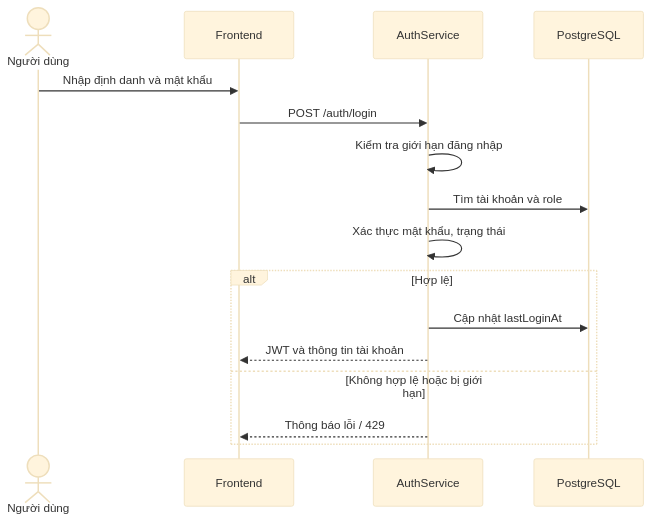
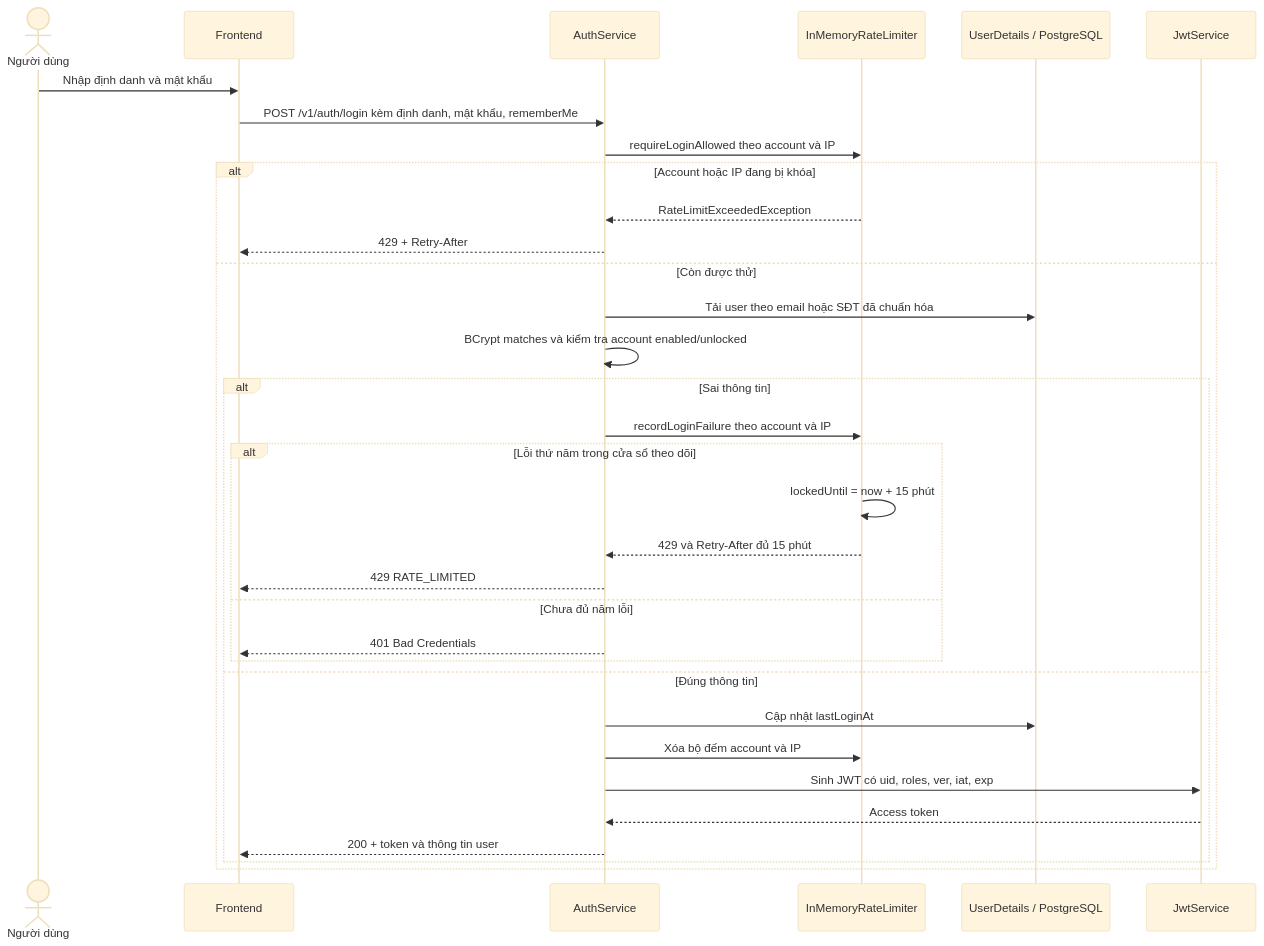
The sixth of 14 diagrams in internship/final_report/bao-cao-tong-ket-do-an.md (doanthetin193/gym-management-system), drawn with Mermaid (base theme) before and after one commit. The commit also changed other lines of this file and 55 other files, not shown here.

````diff
--- a/internship/final_report/bao-cao-tong-ket-do-an.md
+++ b/internship/final_report/bao-cao-tong-ket-do-an.md
@@ -476,18 +707,36 @@
 ```mermaid
 sequenceDiagram
     actor User as Người dùng
     participant UI as Frontend
     participant Auth as AuthService
-    participant DB as PostgreSQL
+    participant Limit as InMemoryRateLimiter
+    participant Users as UserDetails / PostgreSQL
+    participant JWT as JwtService
+
     User->>UI: Nhập định danh và mật khẩu
-    UI->>Auth: POST /auth/login
-    Auth->>Auth: Kiểm tra giới hạn đăng nhập
-    Auth->>DB: Tìm tài khoản và role
-    Auth->>Auth: Xác thực mật khẩu, trạng thái
-    alt Hợp lệ
-        Auth->>DB: Cập nhật lastLoginAt
-        Auth-->>UI: JWT và thông tin tài khoản
-    else Không hợp lệ hoặc bị giới hạn
-        Auth-->>UI: Thông báo lỗi / 429
+    UI->>Auth: POST /v1/auth/login kèm định danh, mật khẩu, rememberMe
+    Auth->>Limit: requireLoginAllowed theo account và IP
+    alt Account hoặc IP đang bị khóa
+        Limit-->>Auth: RateLimitExceededException
+        Auth-->>UI: 429 + Retry-After
+    else Còn được thử
+        Auth->>Users: Tải user theo email hoặc SĐT đã chuẩn hóa
+        Auth->>Auth: BCrypt matches và kiểm tra account enabled/unlocked
+        alt Sai thông tin
+            Auth->>Limit: recordLoginFailure theo account và IP
+            alt Lỗi thứ năm trong cửa sổ theo dõi
+                Limit->>Limit: lockedUntil = now + 15 phút
+                Limit-->>Auth: 429 và Retry-After đủ 15 phút
+                Auth-->>UI: 429 RATE_LIMITED
+            else Chưa đủ năm lỗi
+                Auth-->>UI: 401 Bad Credentials
+            end
+        else Đúng thông tin
+            Auth->>Users: Cập nhật lastLoginAt
+            Auth->>Limit: Xóa bộ đếm account và IP
+            Auth->>JWT: Sinh JWT có uid, roles, ver, iat, exp
+            JWT-->>Auth: Access token
+            Auth-->>UI: 200 + token và thông tin user
+        end
     end
 ```
````
